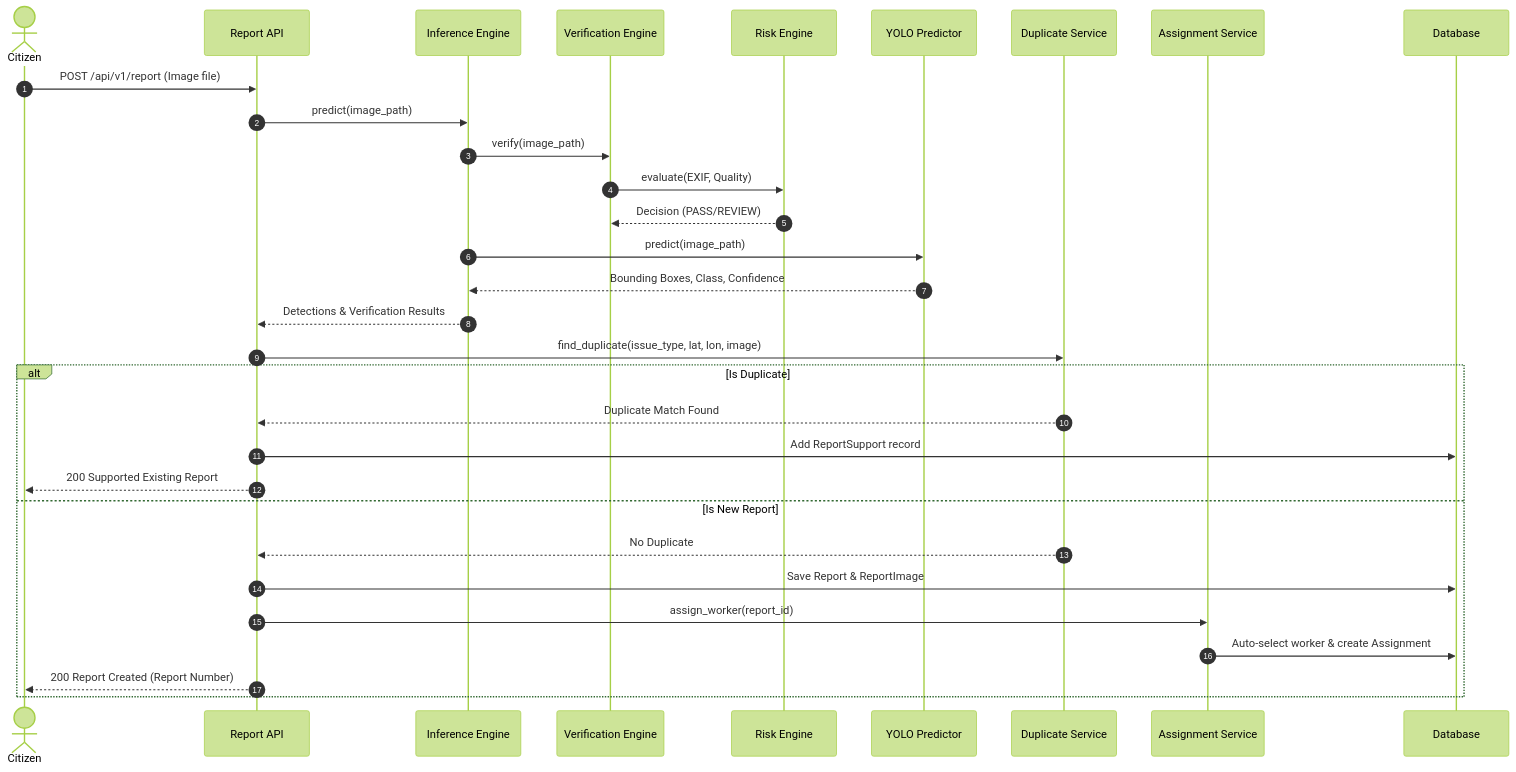
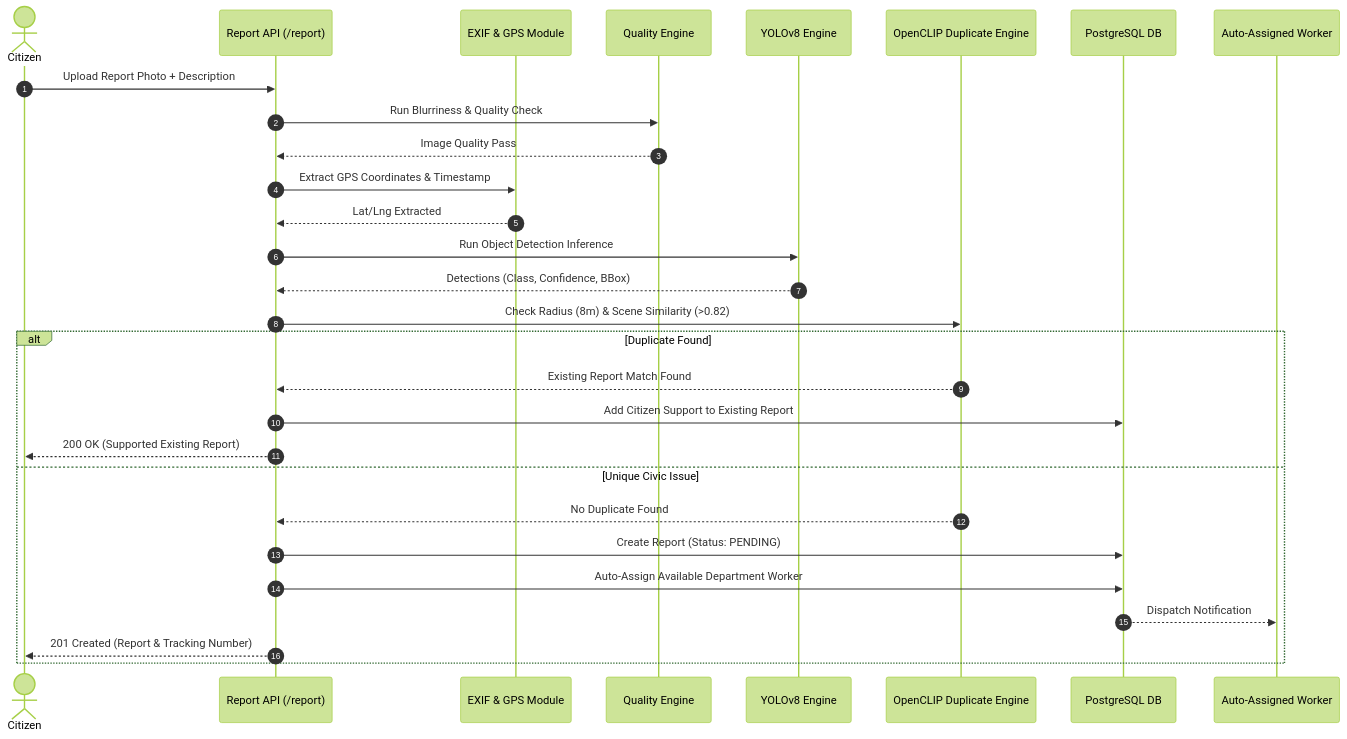
The third of 5 diagrams in docs/ARCHITECTURE.md (AbhishekVishwakarma2027/CSCRS), drawn with Mermaid (forest theme) before and after one commit. The commit also changed other lines of this file and 152 other files, not shown here.

````diff
--- a/docs/ARCHITECTURE.md
+++ b/docs/ARCHITECTURE.md
@@ -211,34 +197,32 @@
 ```mermaid
 sequenceDiagram
     autonumber
     actor Citizen
-    participant API as Report API
-    participant Infer as Inference Engine
-    participant Verifier as Verification Engine
-    participant Risk as Risk Engine
-    participant YOLO as YOLO Predictor
-    participant Dup as Duplicate Service
-    participant Assign as Assignment Service
-    participant DB as Database
+    participant API as Report API (/report)
+    participant EXIF as EXIF & GPS Module
+    participant Quality as Quality Engine
+    participant YOLO as YOLOv8 Engine
+    participant CLIP as OpenCLIP Duplicate Engine
+    participant DB as PostgreSQL DB
+    participant Worker as Auto-Assigned Worker
 
-    Citizen->>API: POST /api/v1/report (Image file)
-    API->>Infer: predict(image_path)
-    Infer->>Verifier: verify(image_path)
-    Verifier->>Risk: evaluate(EXIF, Quality)
-    Risk-->>Verifier: Decision (PASS/REVIEW)
-    Infer->>YOLO: predict(image_path)
-    YOLO-->>Infer: Bounding Boxes, Class, Confidence
-    Infer-->>API: Detections & Verification Results
-    API->>Dup: find_duplicate(issue_type, lat, lon, image)
-    alt Is Duplicate
-        Dup-->>API: Duplicate Match Found
-        API->>DB: Add ReportSupport record
-        API-->>Citizen: 200 Supported Existing Report
-    else Is New Report
-        Dup-->>API: No Duplicate
-        API->>DB: Save Report & ReportImage
-        API->>Assign: assign_worker(report_id)
-        Assign->>DB: Auto-select worker & create Assignment
-        API-->>Citizen: 200 Report Created (Report Number)
+    Citizen->>API: Upload Report Photo + Description
+    API->>Quality: Run Blurriness & Quality Check
+    Quality-->>API: Image Quality Pass
+    API->>EXIF: Extract GPS Coordinates & Timestamp
+    EXIF-->>API: Lat/Lng Extracted
+    API->>YOLO: Run Object Detection Inference
+    YOLO-->>API: Detections (Class, Confidence, BBox)
+    API->>CLIP: Check Radius (8m) & Scene Similarity (>0.82)
+    alt Duplicate Found
+        CLIP-->>API: Existing Report Match Found
+        API->>DB: Add Citizen Support to Existing Report
+        API-->>Citizen: 200 OK (Supported Existing Report)
+    else Unique Civic Issue
+        CLIP-->>API: No Duplicate Found
+        API->>DB: Create Report (Status: PENDING)
+        API->>DB: Auto-Assign Available Department Worker
+        DB-->>Worker: Dispatch Notification
+        API-->>Citizen: 201 Created (Report & Tracking Number)
     end
 ```
````
